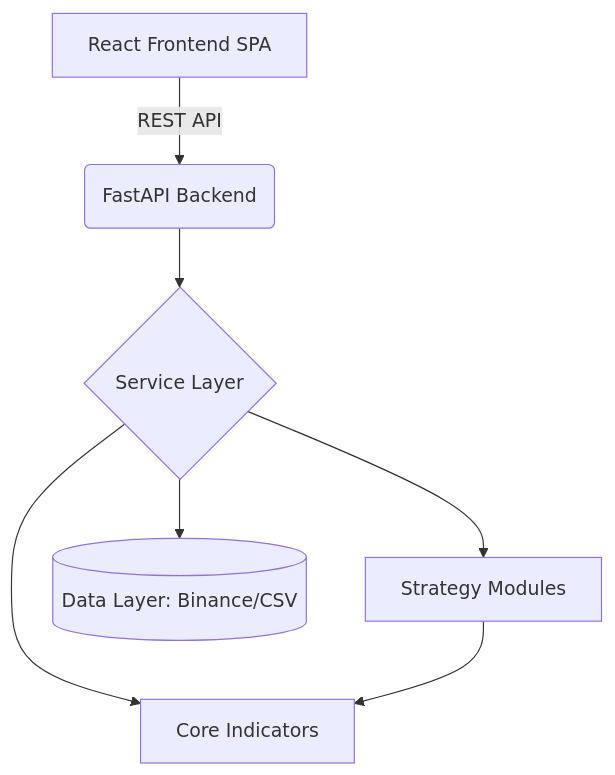
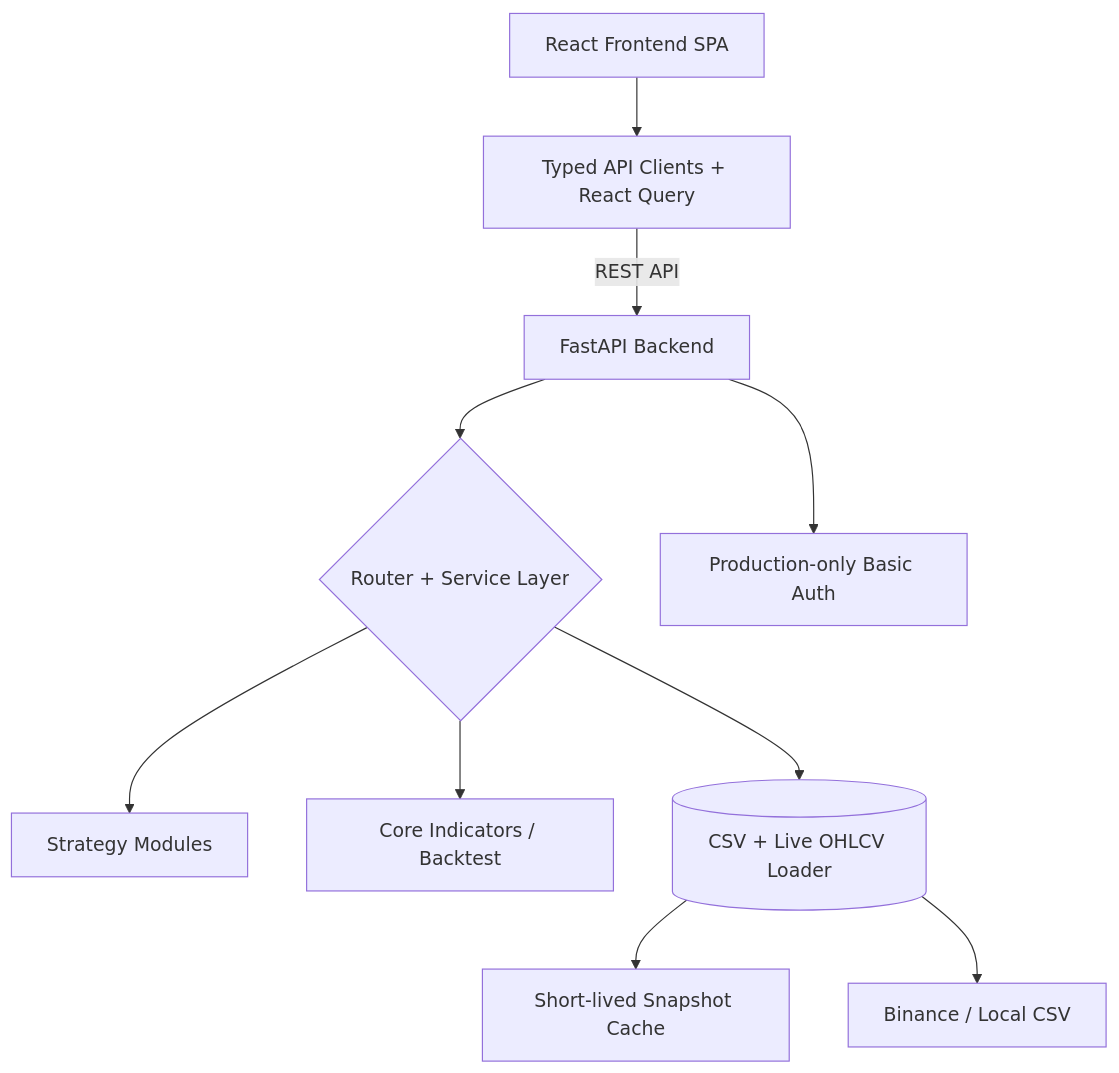
One commit to alfredcho91-ux/Quant-Lab changed the diagram in ARCHITECTURE.md. Above: the diagram before and after it, drawn with Mermaid. The commit also changed other lines of this file and 13 other files, not shown here.

Commit message:
fix: stabilize local dev auth and API clients

````diff
--- a/ARCHITECTURE.md
+++ b/ARCHITECTURE.md
@@ -10,9 +10,12 @@
 ```mermaid
 graph TD
-    A[React Frontend SPA] -->|REST API| B(FastAPI Backend)
-    B --> C{Service Layer}
-    C --> D[Strategy Modules]
-    C --> E[Core Indicators]
-    D --> E
-    C --> F[(Data Layer: Binance/CSV)]
+    A[React Frontend SPA] --> B["Typed API Clients + React Query"]
+    B -->|REST API| C[FastAPI Backend]
+    C --> D{Router + Service Layer}
+    D --> E[Strategy Modules]
+    D --> F[Core Indicators / Backtest]
+    D --> G[(CSV + Live OHLCV Loader)]
+    G --> H["Short-lived Snapshot Cache"]
+    G --> I["Binance / Local CSV"]
+    C --> J["Production-only Basic Auth"]
 ```
````
